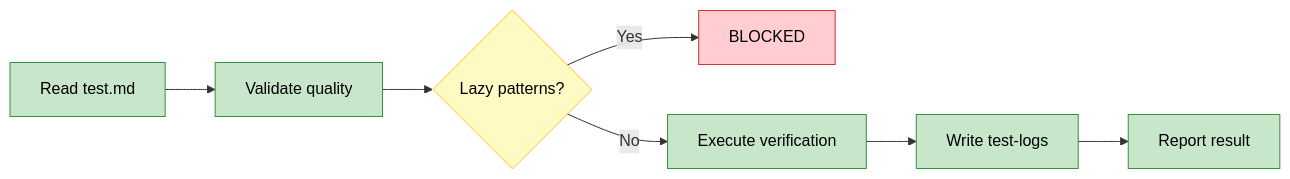
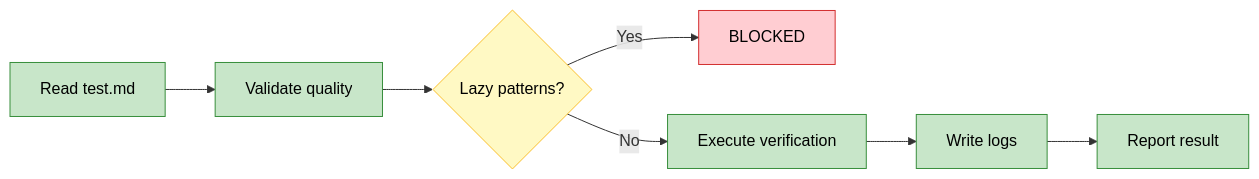
One commit to digital-stoic-org/agent-skills changed the diagram in dstoic/skills/openspec-test/SKILL.md. Above: the diagram before and after it, drawn with Mermaid. The commit also changed other lines of this file and 1 other file, not shown here.

First line of the commit message:
refactor(openspec-test): Streamline SKILL.md and move formats to reference.md

````diff
--- a/dstoic/skills/openspec-test/SKILL.md
+++ b/dstoic/skills/openspec-test/SKILL.md
@@ -14,16 +12,16 @@
 ```mermaid
 flowchart LR
     A["Read test.md"] --> B["Validate quality"]
     B --> C{"Lazy patterns?"}
     C -->|Yes| X["BLOCKED"]
     C -->|No| D["Execute verification"]
-    D --> E["Write test-logs"]
+    D --> E["Write logs"]
     E --> F["Report result"]
 
     classDef action fill:#C8E6C9,stroke:#388E3C,color:#000
     classDef decision fill:#FFF9C4,stroke:#FBC02D,color:#000
     classDef fail fill:#FFCDD2,stroke:#D32F2F,color:#000
     class A,B,D,E,F action
     class C decision
     class X fail
 ```
````
